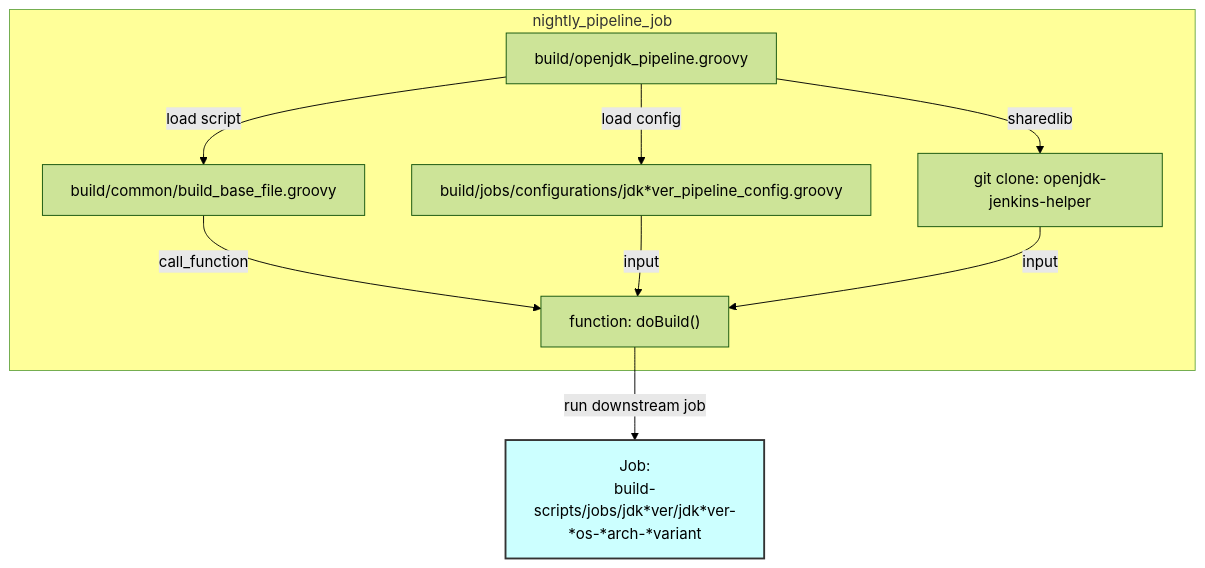
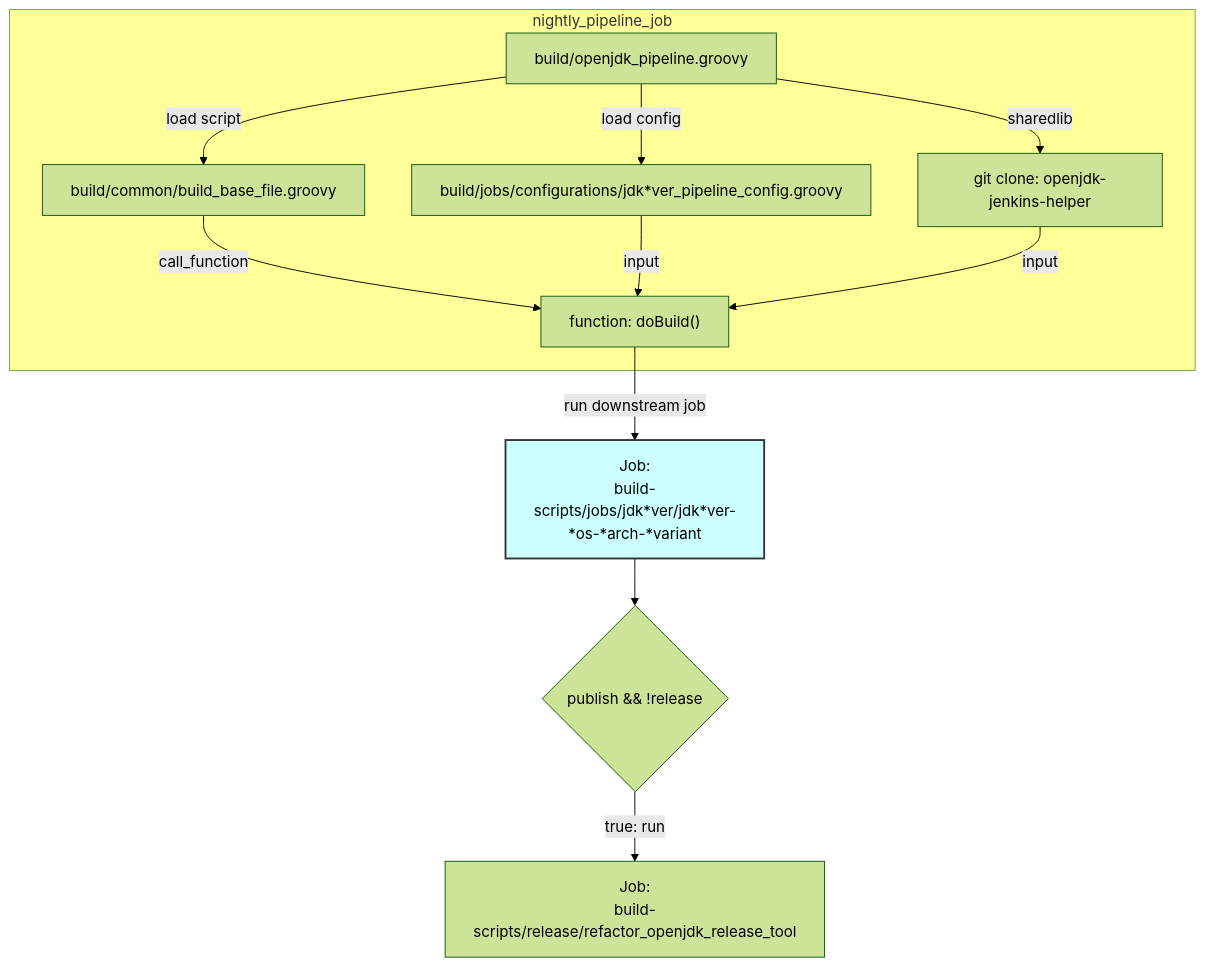
The fourth of 9 diagrams in docs/diagram.md (adoptium/ci-jenkins-pipelines), drawn with Mermaid (forest theme) before and after one commit.

Commit message:
docs: add final call to "publish" artifacts to GitHub repo step

````diff
--- a/docs/diagram.md
+++ b/docs/diagram.md
@@ -122,28 +122,30 @@
 ```mermaid
 
 flowchart TD
 
 subgraph nightly_pipeline_job
 
 Call[build/openjdk_pipeline.groovy] --load script-->
 Load1[build/common/build_base_file.groovy]
 
 Call --load config--> Load2[build/jobs/configurations/jdk*ver_pipeline_config.groovy]
 Call --sharedlib -->
 Load3["git clone: openjdk-jenkins-helper"]
 
 Load1 --call_function--> Build["function: doBuild()"]
 Load2 --input--> Build
 Load3 --input--> Build
 
 end
 
 Build --"run downstream job" -->
-Done["Job:\nbuild-scripts/jobs/jdk*ver/jdk*ver-*os-*arch-*variant"]
+variantJob["Job:\nbuild-scripts/jobs/jdk*ver/jdk*ver-*os-*arch-*variant"] -->
+checkpublish{publish && !release} --true: run-->
+Publish["Job:\nbuild-scripts/release/refactor_openjdk_release_tool"]
 
 classDef yellow fill:#ffff99
 classDef c12 fill:#ccffff,stroke:#333,stroke-width:2px
 class nightly_pipeline_job yellow
-class Done c12
+class variantJob c12
 
 ```
````
